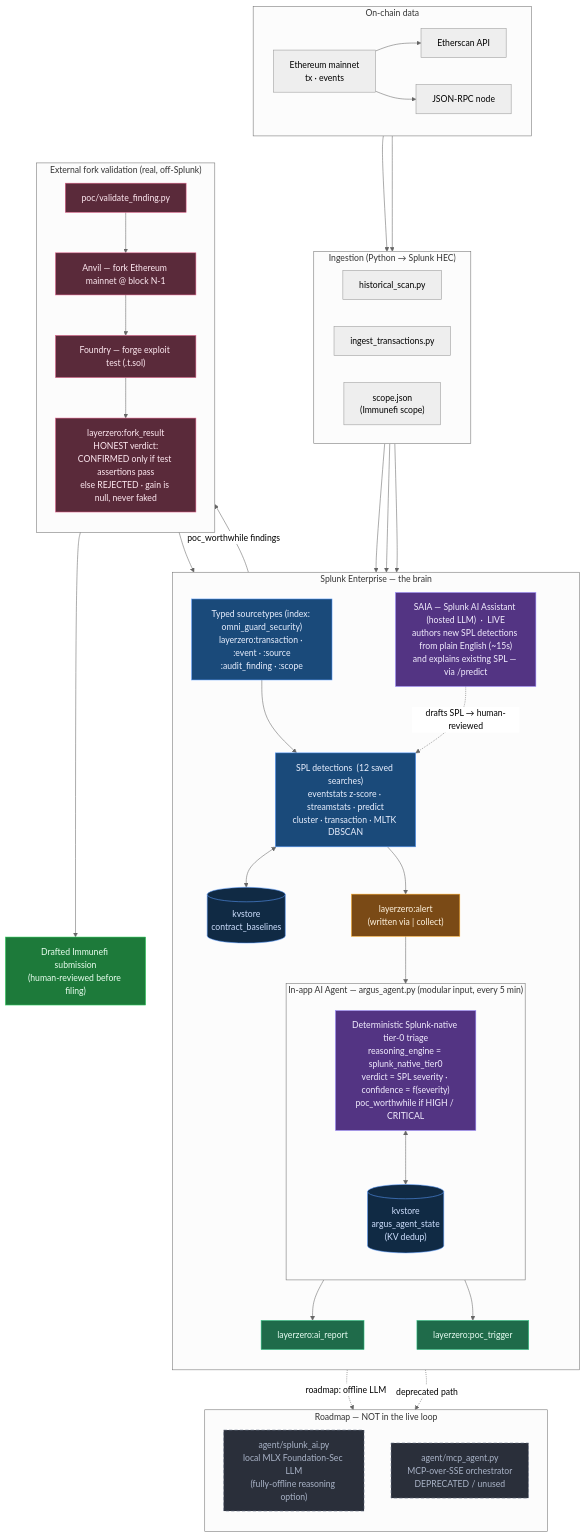
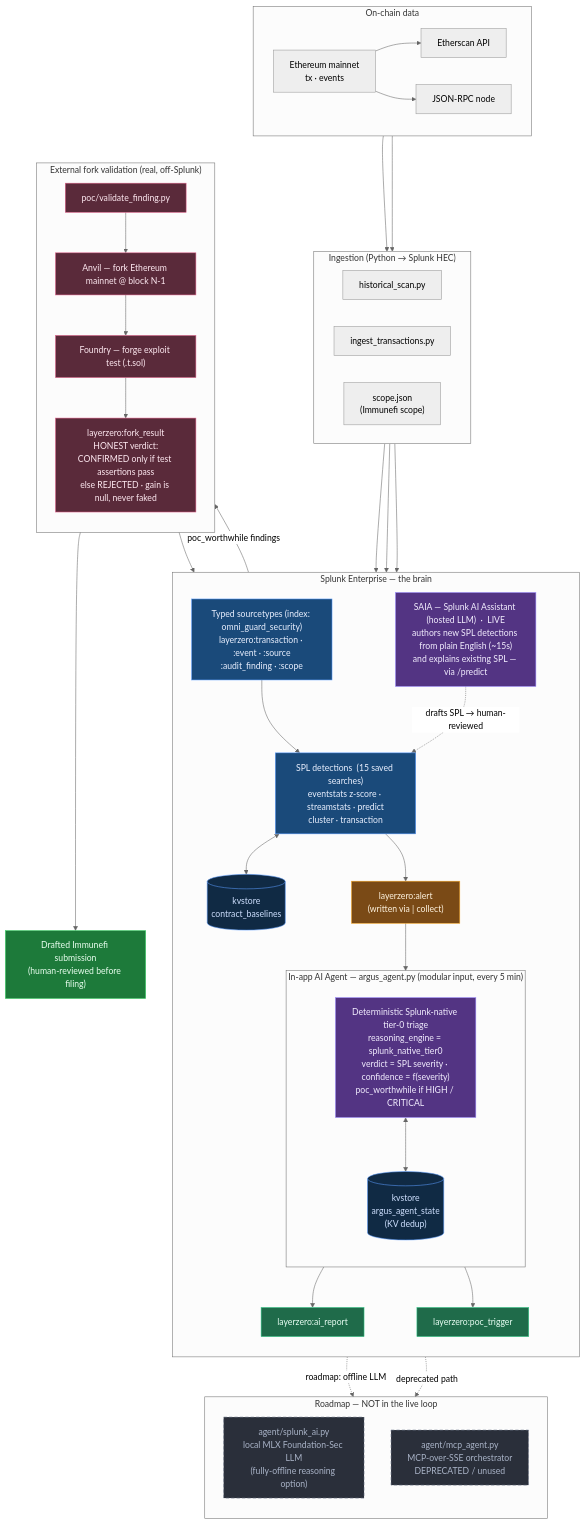
Before and after one commit to Alexander-Sorrell-IT/argus: the first of 2 diagrams in ARCHITECTURE.md, drawn with Mermaid (neutral theme). The commit also changed 8 other files, not shown here.

```diff
--- a/ARCHITECTURE.md
+++ b/ARCHITECTURE.md
@@ -47,7 +47,7 @@
   subgraph SPLUNK["Splunk Enterprise  —  the brain"]
     direction TB
     ST["Typed sourcetypes (index: omni_guard_security)<br/>layerzero:transaction · :event · :source<br/>:audit_finding · :scope"]
-    DET["SPL detections  (12 saved searches)<br/>eventstats z-score · streamstats · predict<br/>cluster · transaction · MLTK DBSCAN"]
+    DET["SPL detections  (15 saved searches)<br/>eventstats z-score · streamstats · predict<br/>cluster · transaction"]
     KVB[("kvstore<br/>contract_baselines")]
     ALERT["layerzero:alert<br/>(written via | collect)"]
 
```
